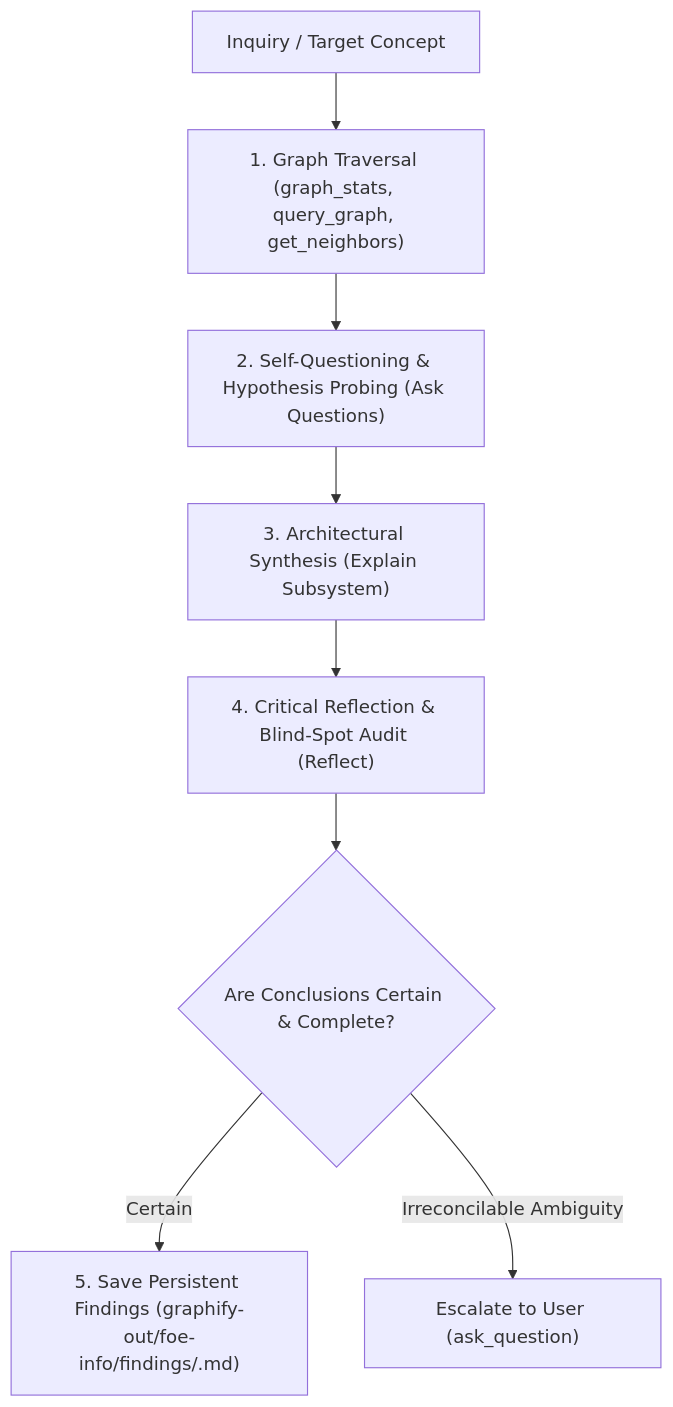
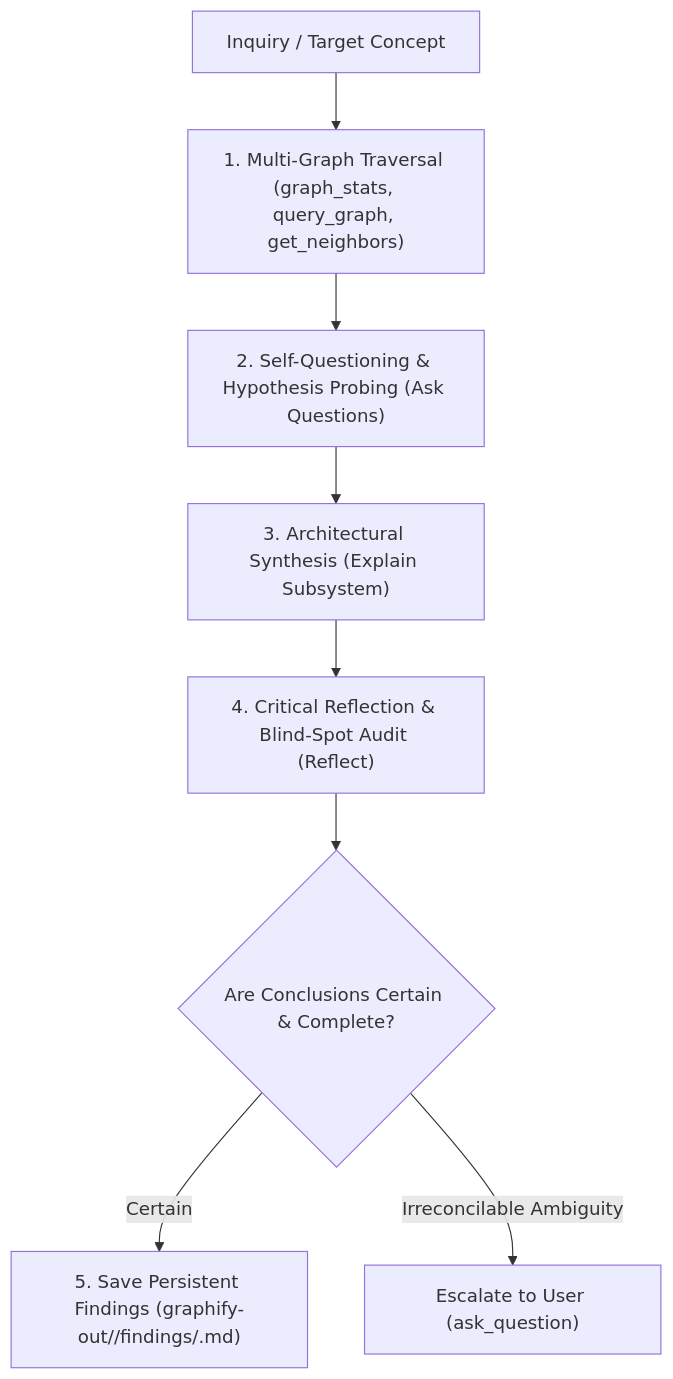
One commit to FoE-Info/FoE-Info-Extension changed the diagram in .agents/agents/graph-knowledge-explorer.md. Above: the diagram before and after it, drawn with Mermaid. The commit also changed other lines of this file and 726 other files, not shown here.

````diff
--- a/.agents/agents/graph-knowledge-explorer.md
+++ b/.agents/agents/graph-knowledge-explorer.md
@@ -56,10 +59,10 @@
 ```mermaid
 flowchart TD
-    A["Inquiry / Target Concept"] --> B["1. Graph Traversal (graph_stats, query_graph, get_neighbors)"]
+    A["Inquiry / Target Concept"] --> B["1. Multi-Graph Traversal (graph_stats, query_graph, get_neighbors)"]
     B --> C["2. Self-Questioning & Hypothesis Probing (Ask Questions)"]
     C --> D["3. Architectural Synthesis (Explain Subsystem)"]
     D --> E["4. Critical Reflection & Blind-Spot Audit (Reflect)"]
     E --> F{"Are Conclusions Certain & Complete?"}
-    F -- "Certain" --> G["5. Save Persistent Findings (graphify-out/foe-info/findings/<topic>.md)"]
+    F -- "Certain" --> G["5. Save Persistent Findings (graphify-out/<graph>/findings/<topic>.md)"]
     F -- "Irreconcilable Ambiguity" --> H["Escalate to User (ask_question)"]
 ```
````
